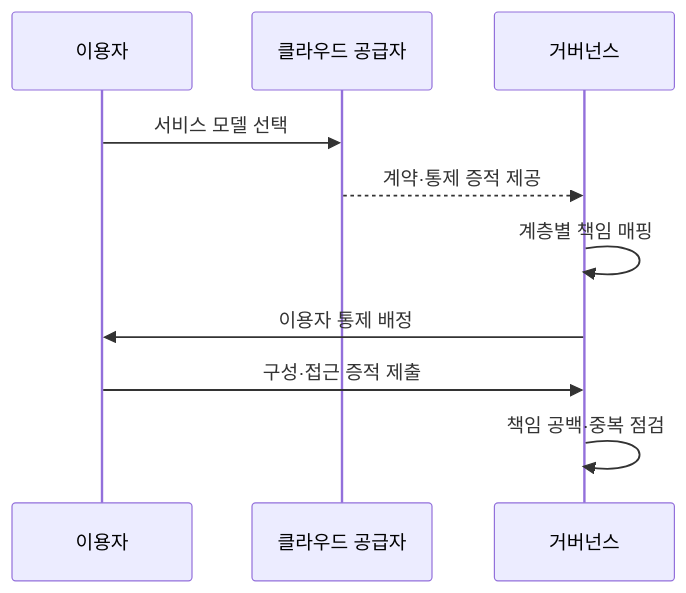
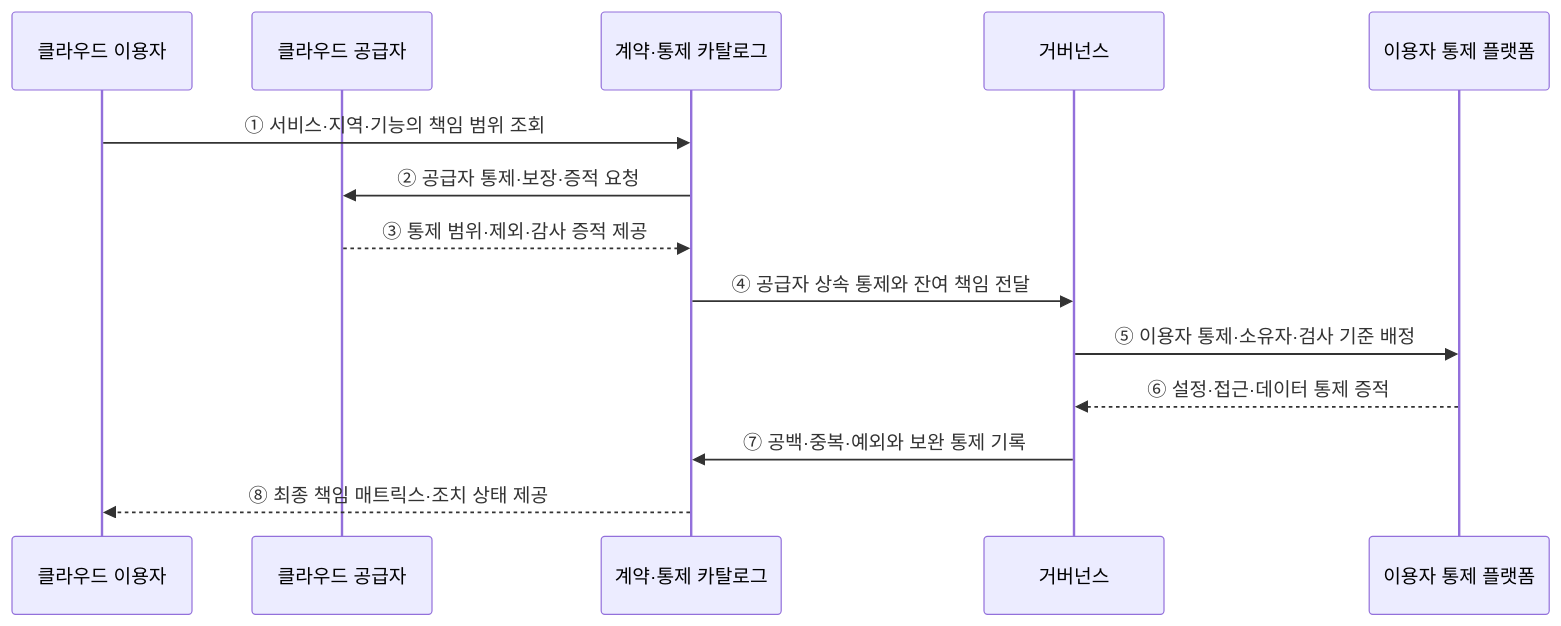
The second of 2 diagrams in src/content/docs/notes/03-software/145_shared_responsibility_model.md (agnusdei1207/knowledge-base), drawn with Mermaid before and after one commit. The commit also changed other lines of this file and 20 other files, not shown here.

````diff
--- a/src/content/docs/notes/03-software/145_shared_responsibility_model.md
+++ b/src/content/docs/notes/03-software/145_shared_responsibility_model.md
@@ -79,12 +69,16 @@
 ```mermaid
 sequenceDiagram
-    participant C as 이용자
+    participant C as 클라우드 이용자
     participant S as 클라우드 공급자
+    participant R as 계약·통제 카탈로그
     participant G as 거버넌스
-    C->>S: 서비스 모델 선택
-    S-->>G: 계약·통제 증적 제공
-    G->>G: 계층별 책임 매핑
-    G->>C: 이용자 통제 배정
-    C->>G: 구성·접근 증적 제출
-    G->>G: 책임 공백·중복 점검
+    participant P as 이용자 통제 플랫폼
+    C->>R: ① 서비스·지역·기능의 책임 범위 조회
+    R->>S: ② 공급자 통제·보장·증적 요청
+    S-->>R: ③ 통제 범위·제외·감사 증적 제공
+    R->>G: ④ 공급자 상속 통제와 잔여 책임 전달
+    G->>P: ⑤ 이용자 통제·소유자·검사 기준 배정
+    P-->>G: ⑥ 설정·접근·데이터 통제 증적
+    G->>R: ⑦ 공백·중복·예외와 보완 통제 기록
+    R-->>C: ⑧ 최종 책임 매트릭스·조치 상태 제공
 ```
````
